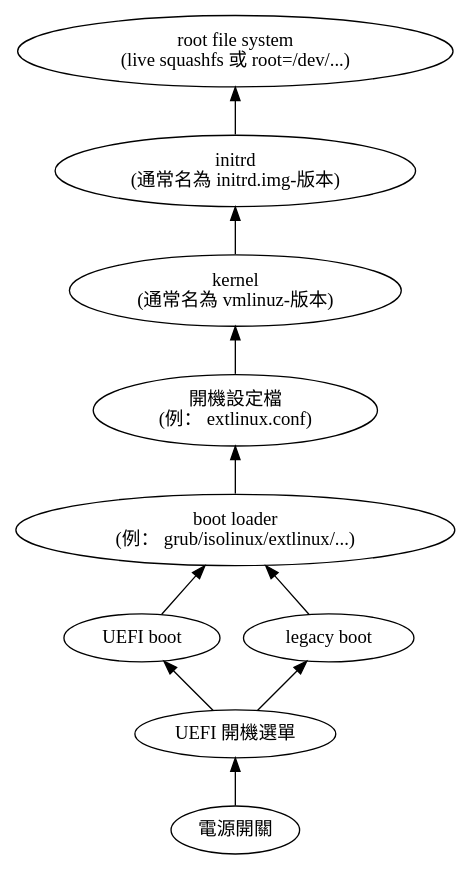
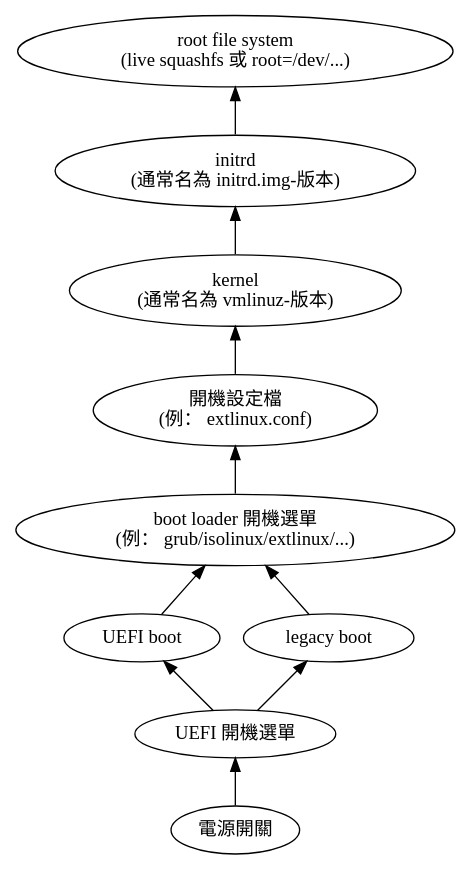
Before and after one commit to ckhung/ckhung.github.io: the diagram in a/m/21/linux-boot.dot, drawn with Graphviz. The commit also changed 1 other file, not shown here.

Commit message:
linux-boot.*

```diff
--- a/a/m/21/linux-boot.dot
+++ b/a/m/21/linux-boot.dot
@@ -1,18 +1,18 @@
 digraph "bus apps: inefficient" {
 
     rankdir = BT;
     overlap = scale;
 
     power [ label="電源開關" ];
     UEFI_menu [ label="UEFI 開機選單" ];
     uefi_boot [ label="UEFI boot" ];
     legacy_boot [ label="legacy boot" ];
-    boot_loader [ label="boot loader\n(例： grub/isolinux/extlinux/...)" ];
+    boot_loader [ label="boot loader 開機選單\n(例： grub/isolinux/extlinux/...)" ];
     config [ label="開機設定檔\n(例： extlinux.conf)" ];
     kernel [ label="kernel\n(通常名為 vmlinuz-版本)" ];
     initrd [ label="initrd\n(通常名為 initrd.img-版本)" ];
     rootfs [ label="root file system\n(live squashfs 或 root=/dev/...)" ];
 
     power -> UEFI_menu -> { uefi_boot legacy_boot }
 	  -> boot_loader -> config -> kernel -> initrd -> rootfs;
 }
```
